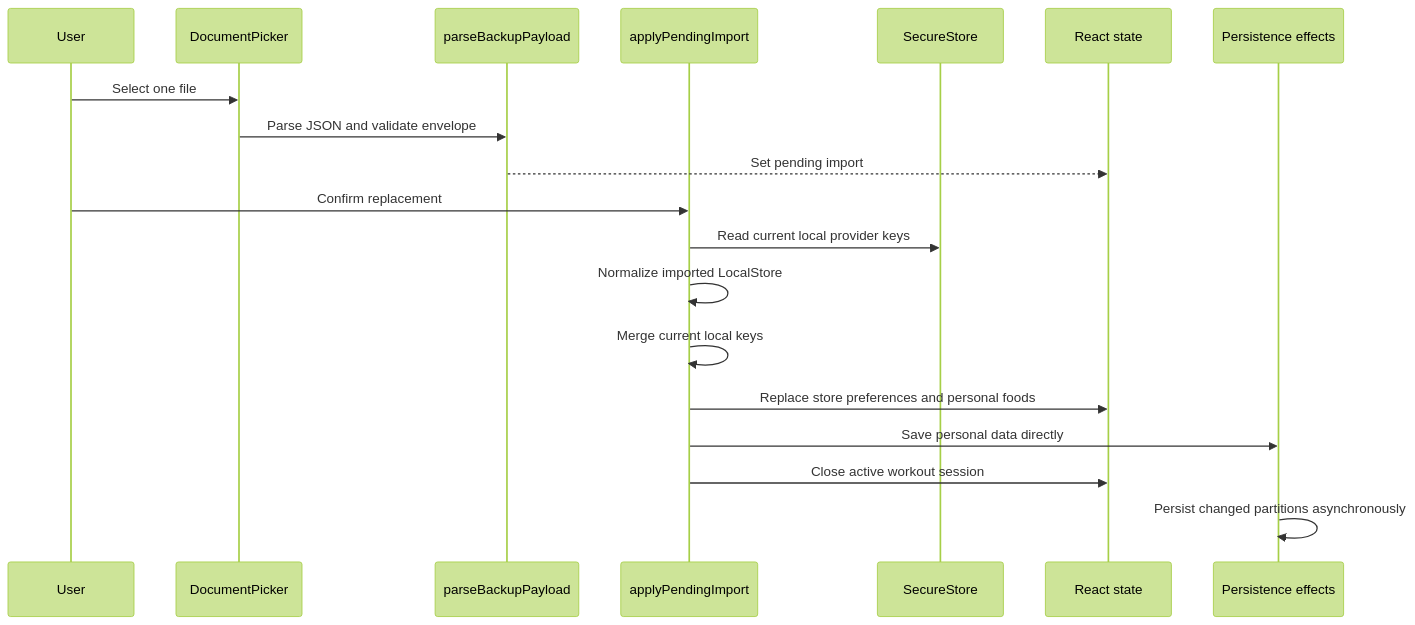
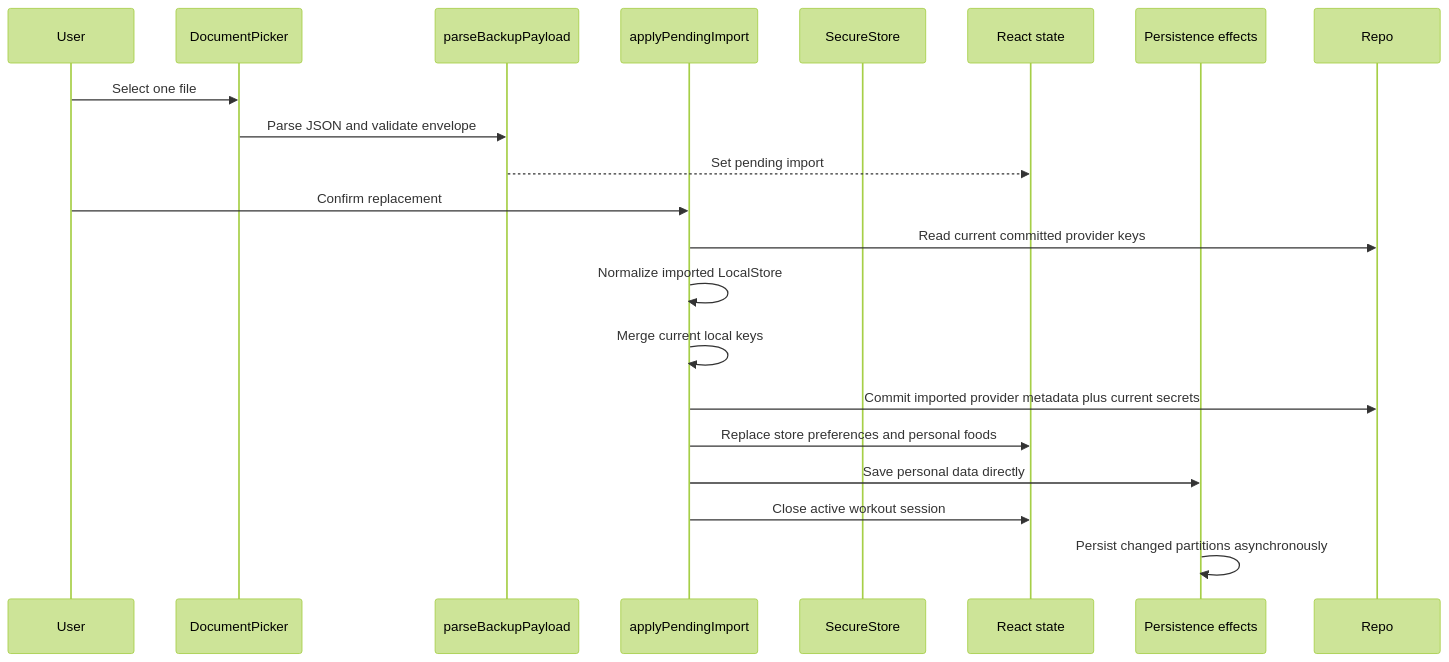
One commit to maximofn/gymnasia changed the third of 3 diagrams in openwiki/mobile/local-state-and-backup.md. Above: the diagram before and after it, drawn with Mermaid (forest theme). The commit also changed other lines of this file and 15 other files, not shown here.

````diff
--- a/openwiki/mobile/local-state-and-backup.md
+++ b/openwiki/mobile/local-state-and-backup.md
@@ -245,21 +251,22 @@
 ```mermaid
 sequenceDiagram
     participant User
     participant Picker as DocumentPicker
     participant Parser as parseBackupPayload
     participant Import as applyPendingImport
     participant SS as SecureStore
     participant React as React state
     participant Effects as Persistence effects
     User->>Picker: Select one file
     Picker->>Parser: Parse JSON and validate envelope
     Parser-->>React: Set pending import
     User->>Import: Confirm replacement
-    Import->>SS: Read current local provider keys
+    Import->>Repo: Read current committed provider keys
     Import->>Import: Normalize imported LocalStore
     Import->>Import: Merge current local keys
+    Import->>Repo: Commit imported provider metadata plus current secrets
     Import->>React: Replace store preferences and personal foods
     Import->>Effects: Save personal data directly
     Import->>React: Close active workout session
     Effects->>Effects: Persist changed partitions asynchronously
 ```
````
